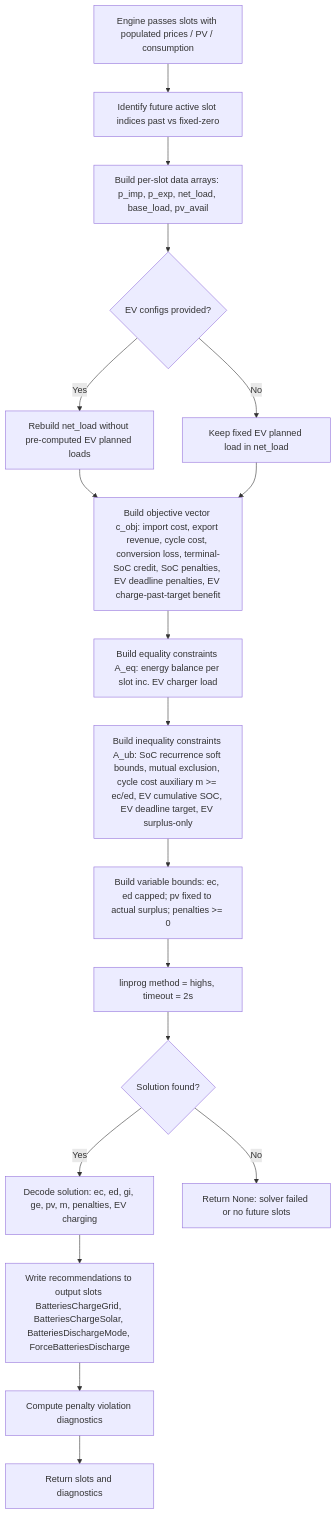
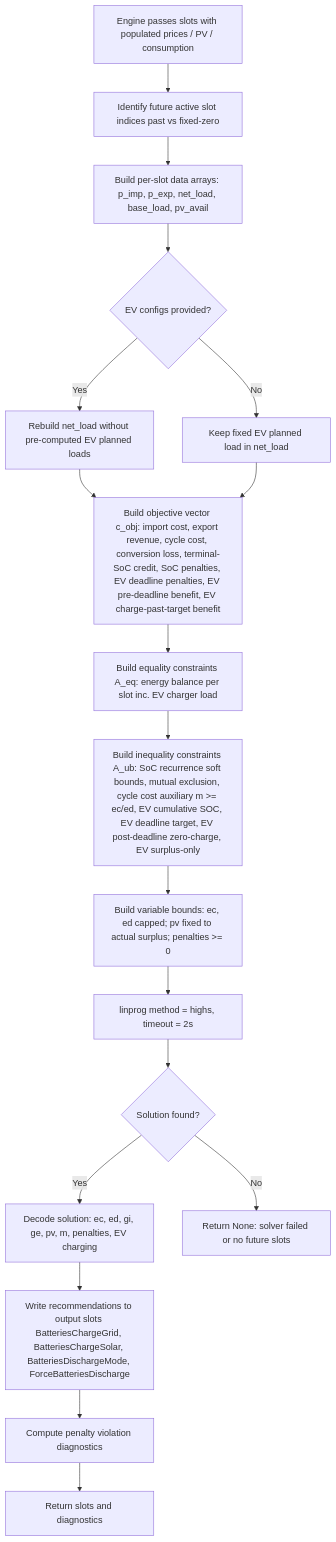
The first of 2 diagrams in docs/milp-optimization.md (woopstar/hsem), drawn with Mermaid before and after one commit. The commit also changed other lines of this file and 18 other files, not shown here.

First line of the commit message:
fix(planner): revert MILP gating and enforce EV post-deadline zero-charge

````diff
--- a/docs/milp-optimization.md
+++ b/docs/milp-optimization.md
@@ -9,27 +9,27 @@
 ```mermaid
 flowchart TD
     A[Engine passes slots with populated prices / PV / consumption]
     B[Identify future active slot indices past vs fixed-zero]
     C[Build per-slot data arrays: p_imp, p_exp, net_load, base_load, pv_avail]
     D{EV configs provided?}
     E[Rebuild net_load without pre-computed EV planned loads]
     F[Keep fixed EV planned load in net_load]
-    G[Build objective vector c_obj: import cost, export revenue, cycle cost, conversion loss, terminal-SoC credit, SoC penalties, EV deadline penalties, EV charge-past-target benefit]
+    G[Build objective vector c_obj: import cost, export revenue, cycle cost, conversion loss, terminal-SoC credit, SoC penalties, EV deadline penalties, EV pre-deadline benefit, EV charge-past-target benefit]
     H[Build equality constraints A_eq: energy balance per slot inc. EV charger load]
-    I[Build inequality constraints A_ub: SoC recurrence soft bounds, mutual exclusion, cycle cost auxiliary m >= ec/ed, EV cumulative SOC, EV deadline target, EV surplus-only]
+    I[Build inequality constraints A_ub: SoC recurrence soft bounds, mutual exclusion, cycle cost auxiliary m >= ec/ed, EV cumulative SOC, EV deadline target, EV post-deadline zero-charge, EV surplus-only]
     J[Build variable bounds: ec, ed capped; pv fixed to actual surplus; penalties >= 0]
     K[linprog method = highs, timeout = 2s]
     L{Solution found?}
     M[Decode solution: ec, ed, gi, ge, pv, m, penalties, EV charging]
     N[Write recommendations to output slots BatteriesChargeGrid, BatteriesChargeSolar, BatteriesDischargeMode, ForceBatteriesDischarge]
     O[Compute penalty violation diagnostics]
     P[Return slots and diagnostics]
     Q[Return None: solver failed or no future slots]
 
     A --> B --> C --> D
     D -->|Yes| E --> G
     D -->|No| F --> G
     G --> H --> I --> J --> K --> L
     L -->|Yes| M --> N --> O --> P
     L -->|No| Q
 ```
````
